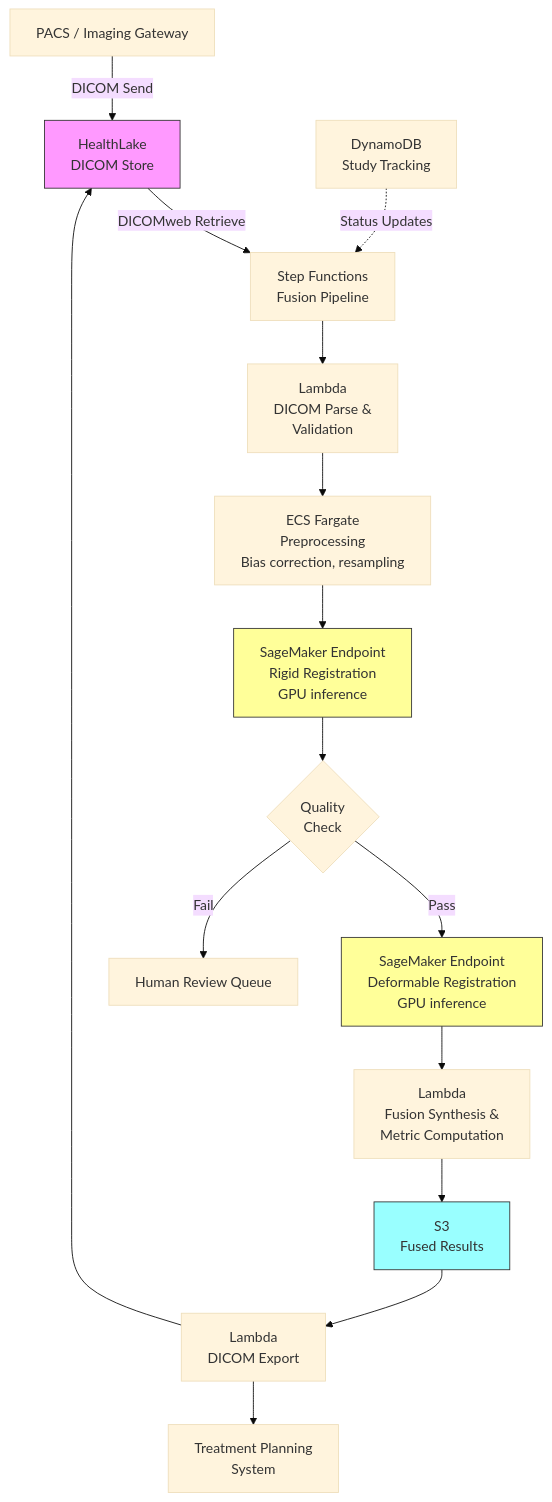
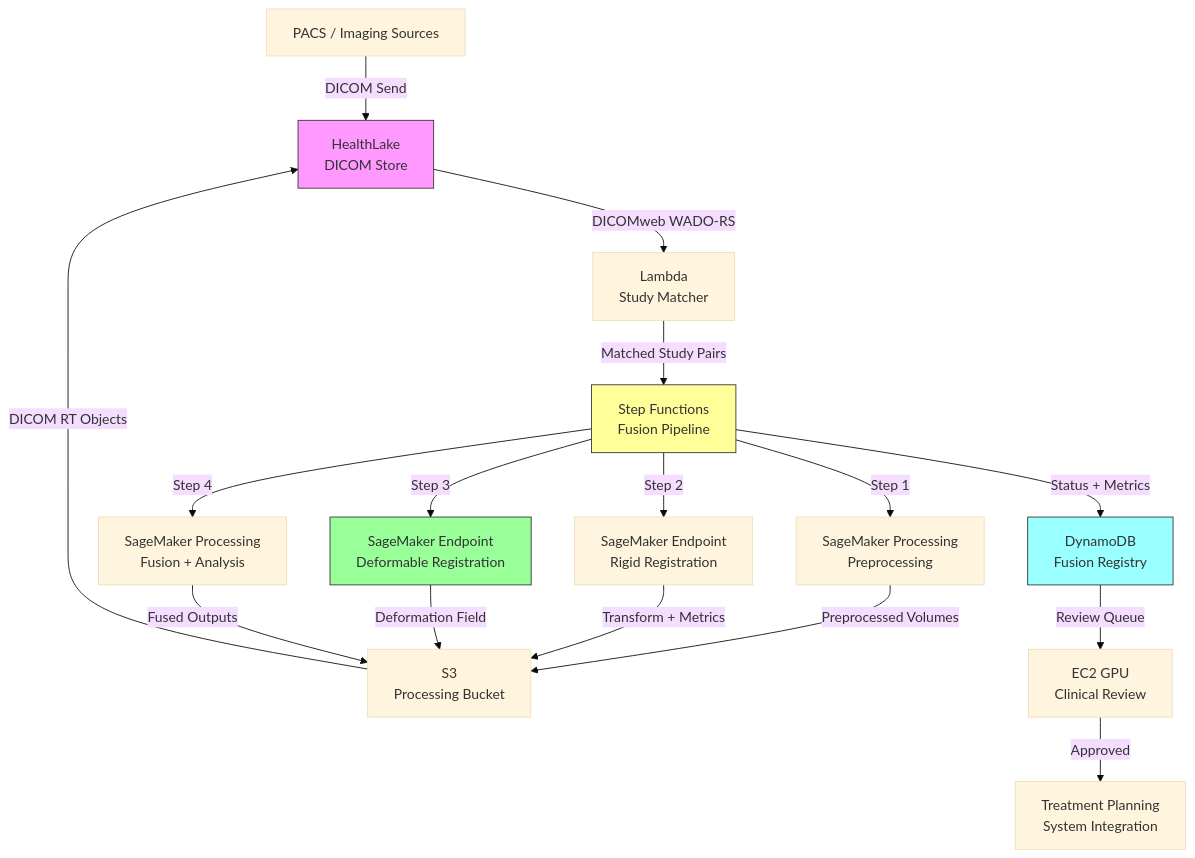
The diagram in chapter09.10-multi-modal-imaging-fusion.md (ccrngd1/HCLS-ai-book), drawn with Mermaid (base theme) before and after one commit. The commit also changed other lines of this file and 1 other file, not shown here.

Commit message:
ralph: iter=929 task=ch09-r10-draft persona=TechWriter outcome=fail batch=batch-1780276843121-000073-827452f936301dbd

````diff
--- a/chapter09.10-multi-modal-imaging-fusion.md
+++ b/chapter09.10-multi-modal-imaging-fusion.md
@@ -117,24 +113,29 @@
 ```mermaid
 flowchart TD
-    A[PACS / Imaging Gateway] -->|DICOM Send| B[HealthLake\nDICOM Store]
-    B -->|DICOMweb Retrieve| C[Step Functions\nFusion Pipeline]
+    A[PACS / Imaging Sources] -->|DICOM Send| B[HealthLake\nDICOM Store]
+    B -->|DICOMweb WADO-RS| C[Lambda\nStudy Matcher]
+    C -->|Matched Study Pairs| D[Step Functions\nFusion Pipeline]
     
-    C --> D[Lambda\nDICOM Parse &\nValidation]
-    D --> E[ECS Fargate\nPreprocessing\nBias correction, resampling]
-    E --> F[SageMaker Endpoint\nRigid Registration\nGPU inference]
-    F --> G{Quality\nCheck}
-    G -->|Pass| H[SageMaker Endpoint\nDeformable Registration\nGPU inference]
-    G -->|Fail| I[Human Review Queue]
-    H --> J[Lambda\nFusion Synthesis &\nMetric Computation]
-    J --> K[S3\nFused Results]
-    K --> L[Lambda\nDICOM Export]
-    L --> B
-    L --> M[Treatment Planning\nSystem]
+    D -->|Step 1| E[SageMaker Processing\nPreprocessing]
+    E -->|Preprocessed Volumes| F[S3\nProcessing Bucket]
     
-    N[DynamoDB\nStudy Tracking] -.->|Status Updates| C
+    D -->|Step 2| G[SageMaker Endpoint\nRigid Registration]
+    G -->|Transform + Metrics| F
+    
+    D -->|Step 3| H[SageMaker Endpoint\nDeformable Registration]
+    H -->|Deformation Field| F
+    
+    D -->|Step 4| I[SageMaker Processing\nFusion + Analysis]
+    I -->|Fused Outputs| F
+    
+    F -->|DICOM RT Objects| B
+    D -->|Status + Metrics| J[DynamoDB\nFusion Registry]
+    
+    J -->|Review Queue| K[EC2 GPU\nClinical Review]
+    K -->|Approved| L[Treatment Planning\nSystem Integration]
 
     style B fill:#f9f,stroke:#333
-    style F fill:#ff9,stroke:#333
-    style H fill:#ff9,stroke:#333
-    style K fill:#9ff,stroke:#333
+    style D fill:#ff9,stroke:#333
+    style H fill:#9f9,stroke:#333
+    style J fill:#9ff,stroke:#333
 ```
````
